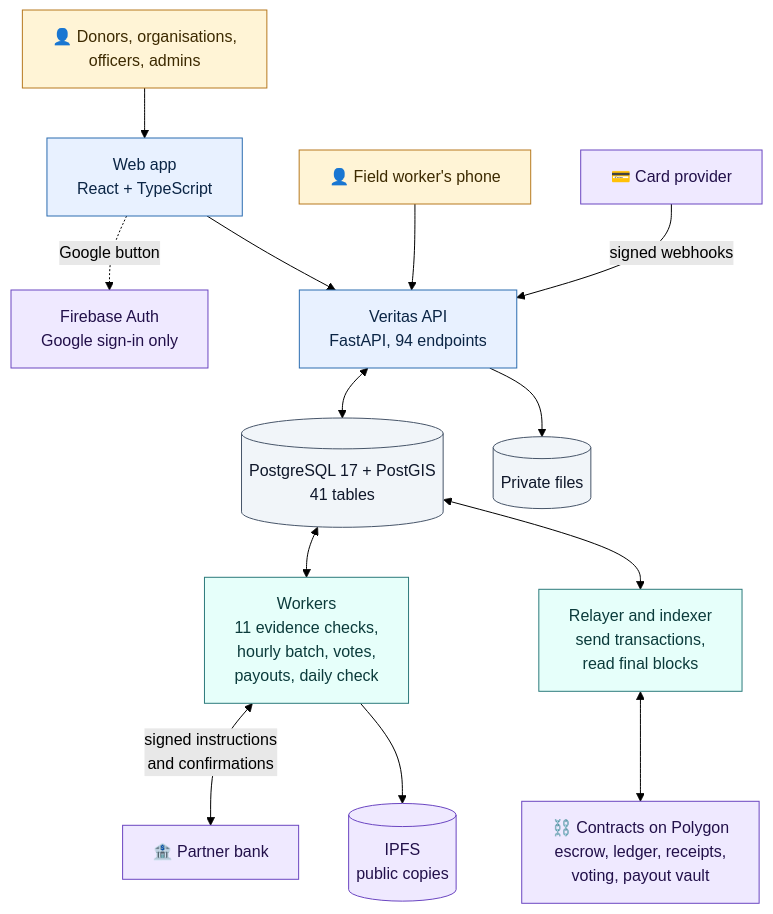
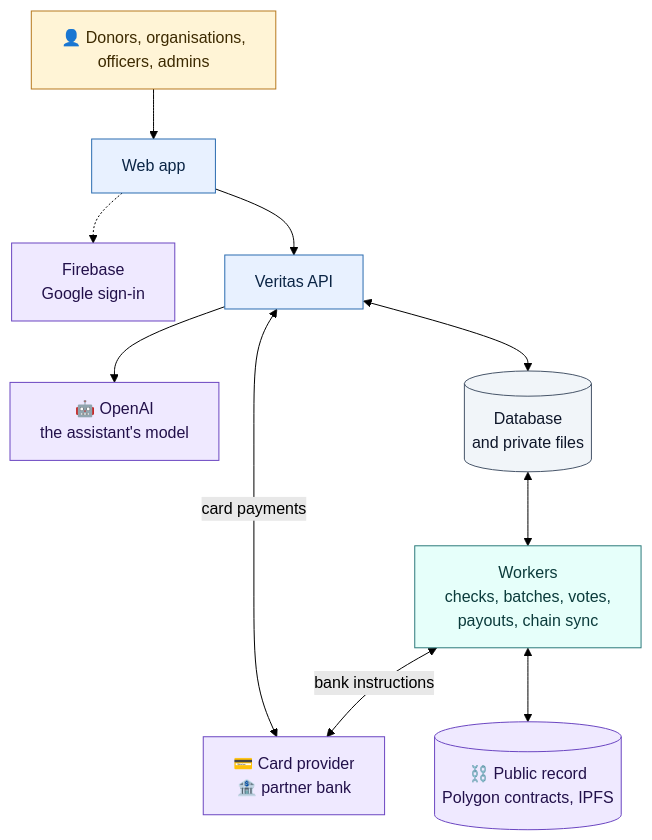
The diagram in docs/diagrams/architecture.md (eminroot/veritas), drawn with Mermaid (forest theme) before and after one commit. The commit also changed other lines of this file and 50 other files, not shown here.

First line of the commit message:
Readme: a high-level view of the system, in fewer and smaller diagrams

````diff
--- a/docs/diagrams/architecture.md
+++ b/docs/diagrams/architecture.md
@@ -5,35 +5,27 @@
 ```mermaid
 flowchart TB
     classDef people fill:#FFF4D6,stroke:#B7791F,color:#3D2A00
     classDef app fill:#E8F1FF,stroke:#2B6CB0,color:#0B2545
     classDef worker fill:#E6FFFA,stroke:#2C7A7B,color:#0B3B3B
     classDef store fill:#F1F5F9,stroke:#475569,color:#0F172A
     classDef outside fill:#EFE9FF,stroke:#6B46C1,color:#22104A
 
     U["👤 Donors, organisations,<br/>officers, admins"]:::people
-    F["👤 Field worker's phone"]:::people
-    W["Web app<br/>React + TypeScript"]:::app
-    FB["Firebase Auth<br/>Google sign-in only"]:::outside
-    API["Veritas API<br/>FastAPI, 94 endpoints"]:::app
-    CARD["💳 Card provider"]:::outside
-    DB[("PostgreSQL 17 + PostGIS<br/>41 tables")]:::store
-    S3[("Private files")]:::store
-    WK["Workers<br/>11 evidence checks,<br/>hourly batch, votes,<br/>payouts, daily check"]:::worker
-    RI["Relayer and indexer<br/>send transactions,<br/>read final blocks"]:::worker
-    BANK["🏦 Partner bank"]:::outside
-    IPFS[("IPFS<br/>public copies")]:::outside
-    CH["⛓️ Contracts on Polygon<br/>escrow, ledger, receipts,<br/>voting, payout vault"]:::outside
+    W["Web app"]:::app
+    FB["Firebase<br/>Google sign-in"]:::outside
+    API["Veritas API"]:::app
+    AI["🤖 OpenAI<br/>the assistant's model"]:::outside
+    DB[("Database<br/>and private files")]:::store
+    WK["Workers<br/>checks, batches, votes,<br/>payouts, chain sync"]:::worker
+    PAY["💳 Card provider<br/>🏦 partner bank"]:::outside
+    PUB[("⛓️ Public record<br/>Polygon contracts, IPFS")]:::outside
 
-    U --> W
-    W -. "Google button" .-> FB
-    W --> API
-    F --> API
-    CARD -- "signed webhooks" --> API
+    U --> W --> API
+    W -.-> FB
+    API --> AI
+    API <-->|"card payments"| PAY
     API <--> DB
-    API --> S3
     DB <--> WK
-    DB <--> RI
-    WK <-- "signed instructions<br/>and confirmations" --> BANK
-    WK --> IPFS
-    RI <--> CH
+    WK <-->|"bank instructions"| PAY
+    WK <--> PUB
 ```
````
